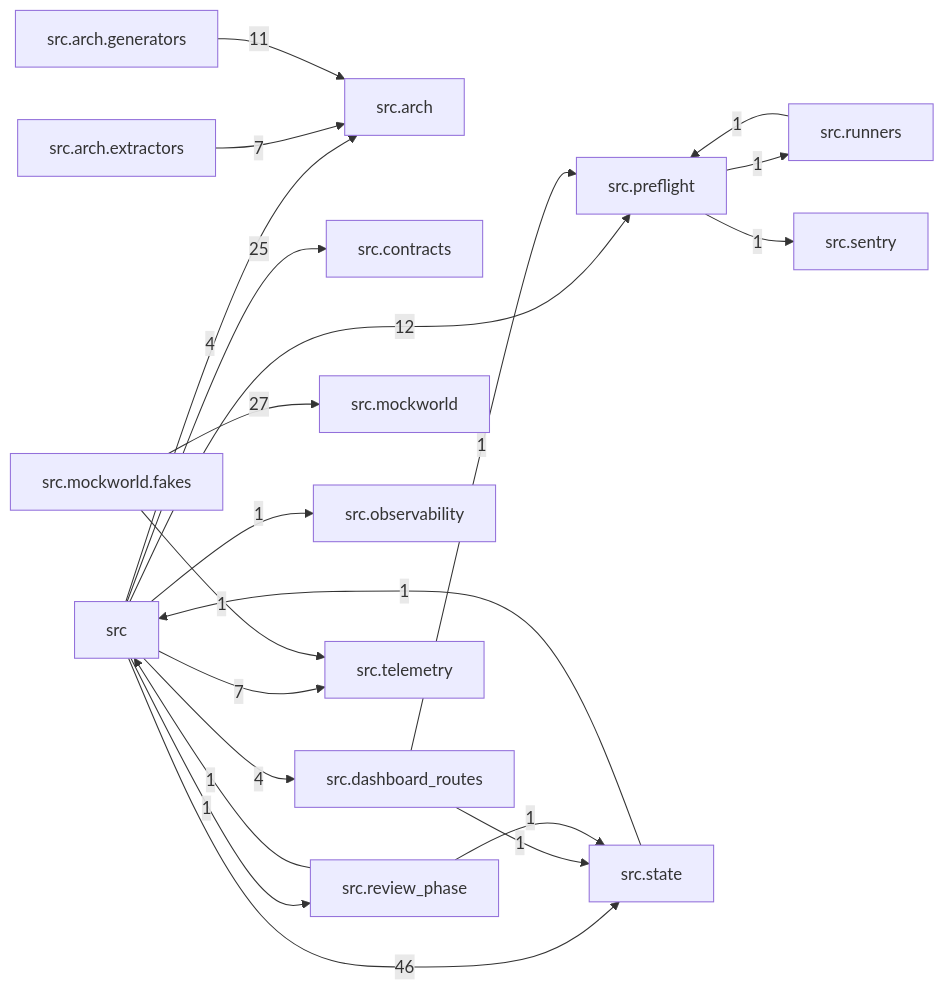
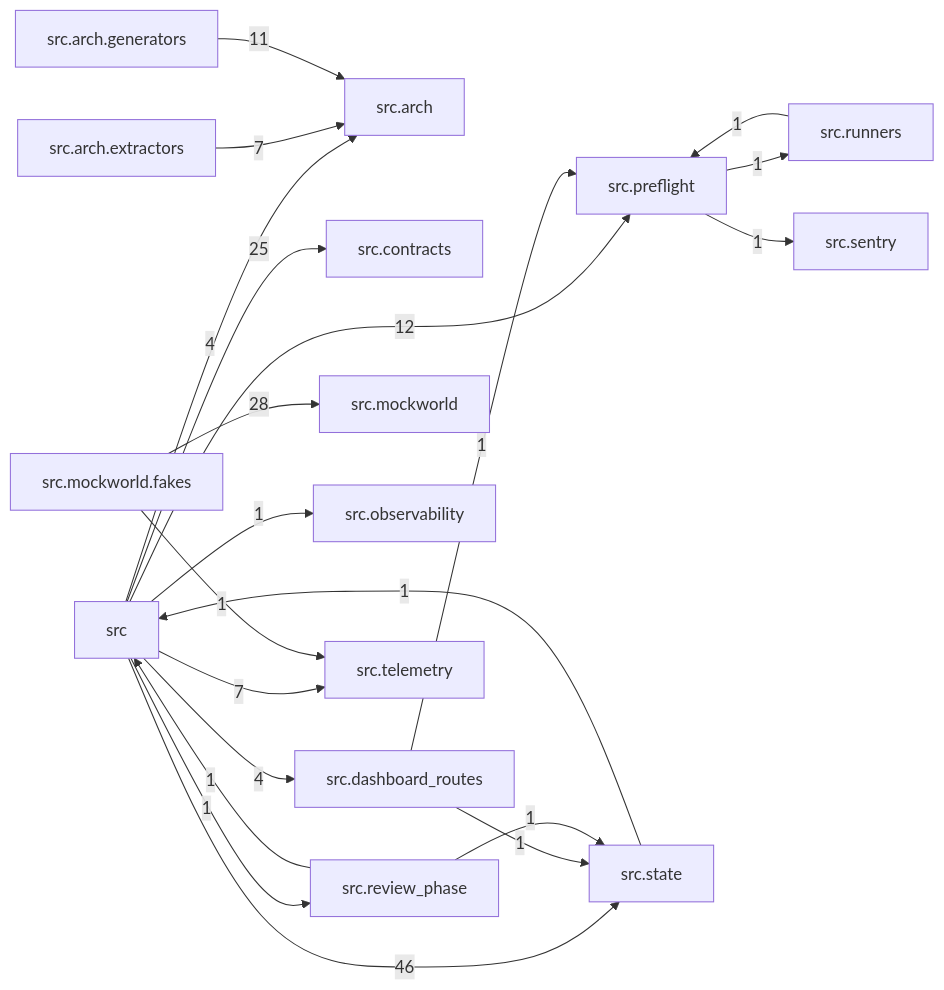
Before and after one commit to T-rav/hydraflow: the diagram in docs/arch/generated/modules.md, drawn with Mermaid. The commit also changed other lines of this file and 14 other files, not shown here.

````diff
--- a/docs/arch/generated/modules.md
+++ b/docs/arch/generated/modules.md
@@ -7,38 +7,38 @@
 ```mermaid
 graph LR
     src["src"]
     src_arch["src.arch"]
     src_arch_extractors["src.arch.extractors"]
     src_arch_generators["src.arch.generators"]
     src_contracts["src.contracts"]
     src_dashboard_routes["src.dashboard_routes"]
     src_mockworld["src.mockworld"]
     src_mockworld_fakes["src.mockworld.fakes"]
     src_observability["src.observability"]
     src_preflight["src.preflight"]
     src_review_phase["src.review_phase"]
     src_runners["src.runners"]
     src_sentry["src.sentry"]
     src_state["src.state"]
     src_telemetry["src.telemetry"]
     src -- "4" --> src_arch
     src -- "25" --> src_contracts
     src -- "4" --> src_dashboard_routes
     src -- "1" --> src_observability
     src -- "12" --> src_preflight
     src -- "1" --> src_review_phase
     src -- "46" --> src_state
     src -- "7" --> src_telemetry
     src_arch_extractors -- "7" --> src_arch
     src_arch_generators -- "11" --> src_arch
     src_dashboard_routes -- "1" --> src_preflight
     src_dashboard_routes -- "1" --> src_state
-    src_mockworld_fakes -- "27" --> src_mockworld
+    src_mockworld_fakes -- "28" --> src_mockworld
     src_mockworld_fakes -- "1" --> src_telemetry
     src_preflight -- "1" --> src_runners
     src_preflight -- "1" --> src_sentry
     src_review_phase -- "1" --> src
     src_review_phase -- "1" --> src_state
     src_runners -- "1" --> src_preflight
     src_state -- "1" --> src
 ```
````
